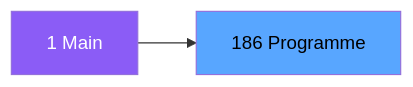
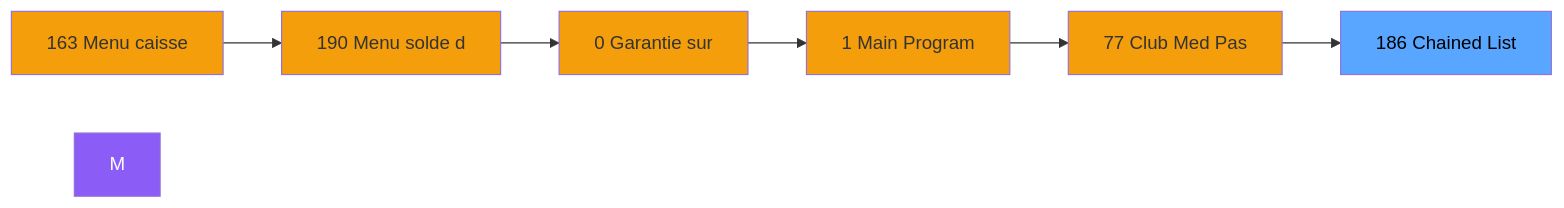
The second of 3 diagrams in .openspec/specs/ADH-IDE-186.md (thonyAGP/magic-migration), drawn with Mermaid before and after one commit. The commit also changed other lines of this file and 323 other files, not shown here.

````diff
--- a/.openspec/specs/ADH-IDE-186.md
+++ b/.openspec/specs/ADH-IDE-186.md
@@ -98,8 +107,21 @@
 ```mermaid
 graph LR
-    M[1 Main]
-    T[186 Programme]
-    M --> T
+    N163[163 Menu caisse ]
+    N190[190 Menu solde d]
+    N0[0 Garantie sur]
+    N1[1 Main Program]
+    N77[77 Club Med Pas]
+    T[186 Chained List]
+    N163 --> N190
+    N190 --> N0
+    N0 --> N1
+    N1 --> N77
+    N77 --> T
     style M fill:#8b5cf6,color:#fff
+    style N163 fill:#f59e0b
+    style N190 fill:#f59e0b
+    style N0 fill:#f59e0b
+    style N1 fill:#f59e0b
+    style N77 fill:#f59e0b
     style T fill:#58a6ff,color:#000
 ```
````
